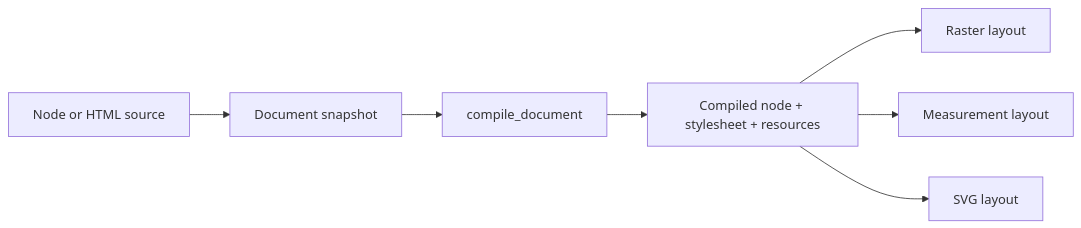
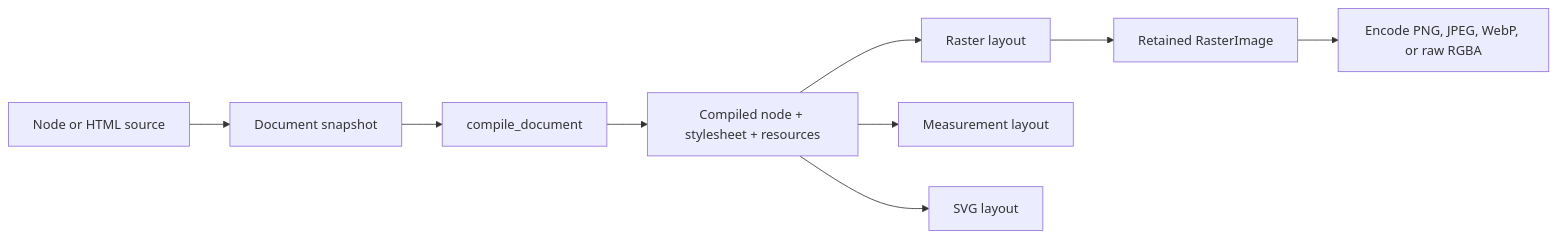
One commit to BalconyJH/takumi-py changed the diagram in docs/en/guides/documents.md. Above: the diagram before and after it, drawn with Mermaid. The commit also changed other lines of this file and 45 other files, not shown here.

````diff
--- a/docs/en/guides/documents.md
+++ b/docs/en/guides/documents.md
@@ -21,9 +21,11 @@
 ```mermaid
 flowchart LR
     S["Node or HTML source"] --> D["Document snapshot"]
     D --> C["compile_document"]
     C --> N["Compiled node + stylesheet + resources"]
     N --> L1["Raster layout"]
+    L1 --> P["Retained RasterImage"]
+    P --> E["Encode PNG, JPEG, WebP, or raw RGBA"]
     N --> L2["Measurement layout"]
     N --> L3["SVG layout"]
 ```
````
